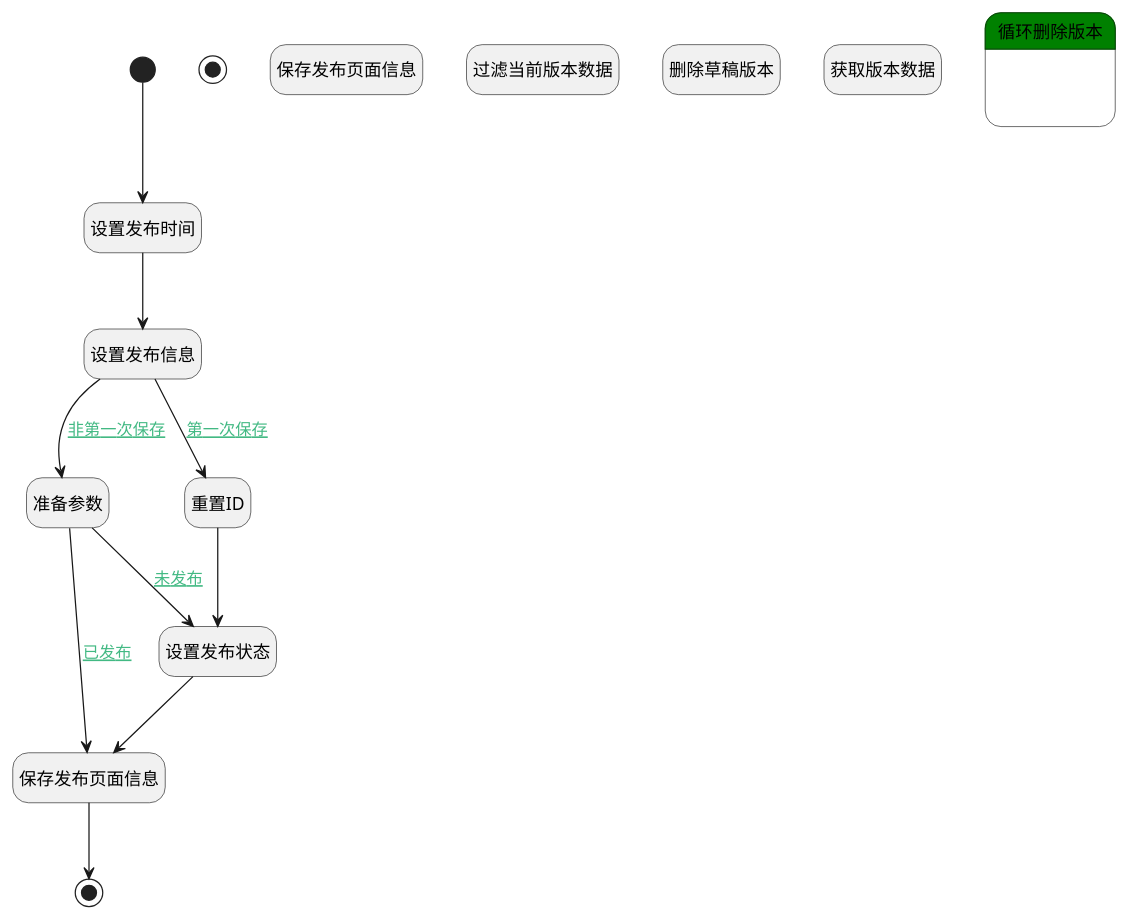
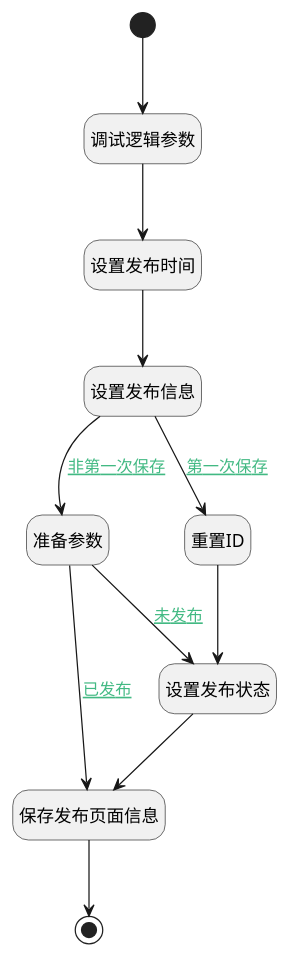
One commit to iBizLab/plm changed the diagram in doc/docsify/module/Wiki/article_page/logic/publish_page.md. Above: the diagram before and after it, drawn with PlantUML. The commit also changed other lines of this file and 1068 other files, not shown here.

````diff
--- a/doc/docsify/module/Wiki/article_page/logic/publish_page.md
+++ b/doc/docsify/module/Wiki/article_page/logic/publish_page.md
@@ -7,41 +7,35 @@
 ```plantuml
 @startuml
 hide empty description
 <style>
 root {
   HyperlinkColor #42b983
 }
 </style>
 
 hide empty description
 state "开始" as Begin <<start>> [[$./publish_page#begin {"开始"}]]
-state "结束" as END1 <<end>> [[$./publish_page#end1 {"结束"}]]
+state "调试逻辑参数" as DEBUGPARAM1  [[$./publish_page#debugparam1 {"调试逻辑参数"}]]
 state "设置发布信息" as PREPAREPARAM1  [[$./publish_page#prepareparam1 {"设置发布信息"}]]
 state "准备参数" as PREPAREPARAM5  [[$./publish_page#prepareparam5 {"准备参数"}]]
-state "保存发布页面信息" as DEACTION1  [[$./publish_page#deaction1 {"保存发布页面信息"}]]
 state "设置发布时间" as RAWSFCODE1  [[$./publish_page#rawsfcode1 {"设置发布时间"}]]
 state "重置ID" as PREPAREPARAM4  [[$./publish_page#prepareparam4 {"重置ID"}]]
 state "设置发布状态" as PREPAREPARAM2  [[$./publish_page#prepareparam2 {"设置发布状态"}]]
 state "保存发布页面信息" as DEACTION2  [[$./publish_page#deaction2 {"保存发布页面信息"}]]
 state "结束" as END2 <<end>> [[$./publish_page#end2 {"结束"}]]
-state "过滤当前版本数据" as PREPAREPARAM3  [[$./publish_page#prepareparam3 {"过滤当前版本数据"}]]
-state "删除草稿版本" as RAWSQLCALL1  [[$./publish_page#rawsqlcall1 {"删除草稿版本"}]]
-state "获取版本数据" as DEDATASET1  [[$./publish_page#dedataset1 {"获取版本数据"}]]
-state "循环删除版本" as LOOPSUBCALL1  [[$./publish_page#loopsubcall1 {"循环删除版本"}]] #green {
-state "删除版本" as DEACTION3  [[$./publish_page#deaction3 {"删除版本"}]]
-}
 
 
-Begin --> RAWSFCODE1
+Begin --> DEBUGPARAM1
+DEBUGPARAM1 --> RAWSFCODE1
 RAWSFCODE1 --> PREPAREPARAM1
 PREPAREPARAM1 --> PREPAREPARAM4 : [[$./publish_page#prepareparam1-prepareparam4{第一次保存} 第一次保存]]
 PREPAREPARAM4 --> PREPAREPARAM2
 PREPAREPARAM2 --> DEACTION2
 DEACTION2 --> END2
 PREPAREPARAM1 --> PREPAREPARAM5 : [[$./publish_page#prepareparam1-prepareparam5{非第一次保存} 非第一次保存]]
 PREPAREPARAM5 --> DEACTION2 : [[$./publish_page#prepareparam5-deaction2{已发布} 已发布]]
 PREPAREPARAM5 --> PREPAREPARAM2 : [[$./publish_page#prepareparam5-prepareparam2{未发布} 未发布]]
 
 
 @enduml
 ```
````
